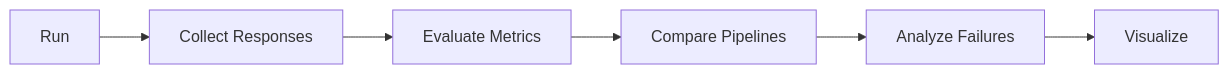
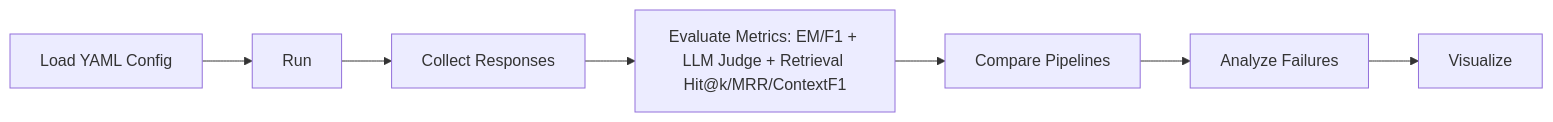
One commit to dsquarre/uptiq changed the second of 2 diagrams in FLOWCHARTS.md. Above: the diagram before and after it, drawn with Mermaid. The commit also changed 32 other files, not shown here.

````diff
--- a/FLOWCHARTS.md
+++ b/FLOWCHARTS.md
@@ -21,8 +21,9 @@
 ```mermaid
 flowchart LR
+    CFG[Load YAML Config] --> R[Run]
     R[Run] --> C[Collect Responses]
-    C --> E[Evaluate Metrics]
+    C --> E[Evaluate Metrics: EM/F1 + LLM Judge + Retrieval Hit@k/MRR/ContextF1]
     E --> P[Compare Pipelines]
     P --> A[Analyze Failures]
     A --> V[Visualize]
 ```
````
